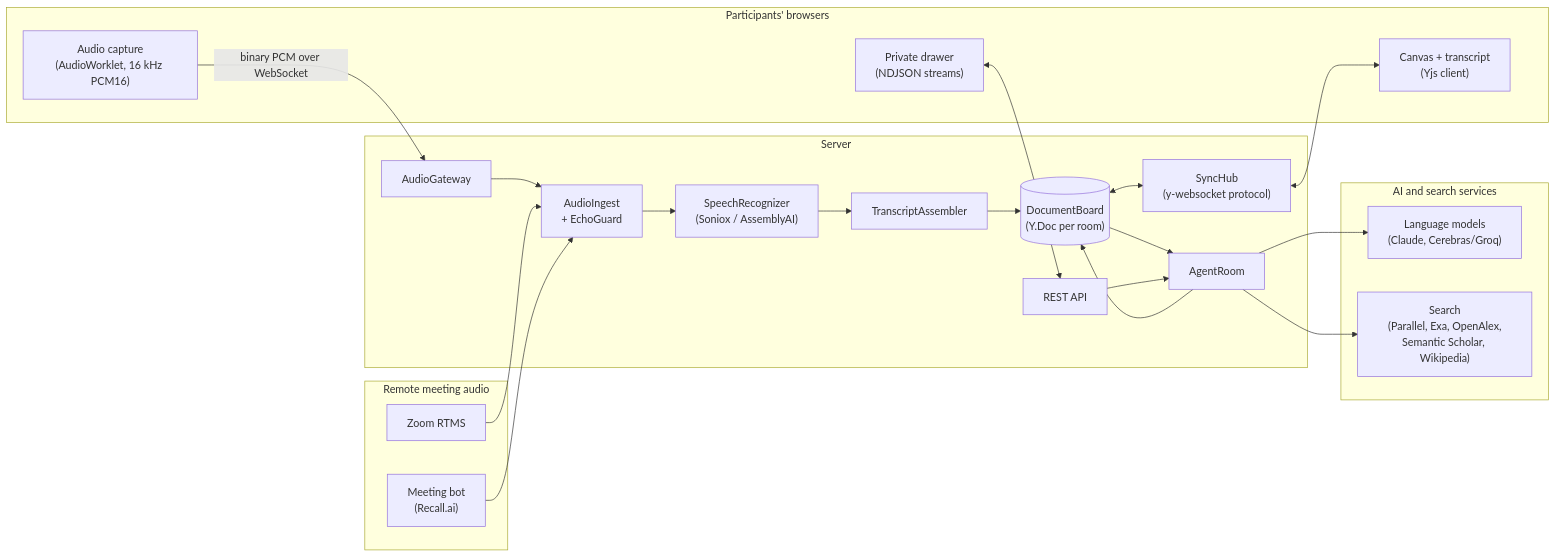
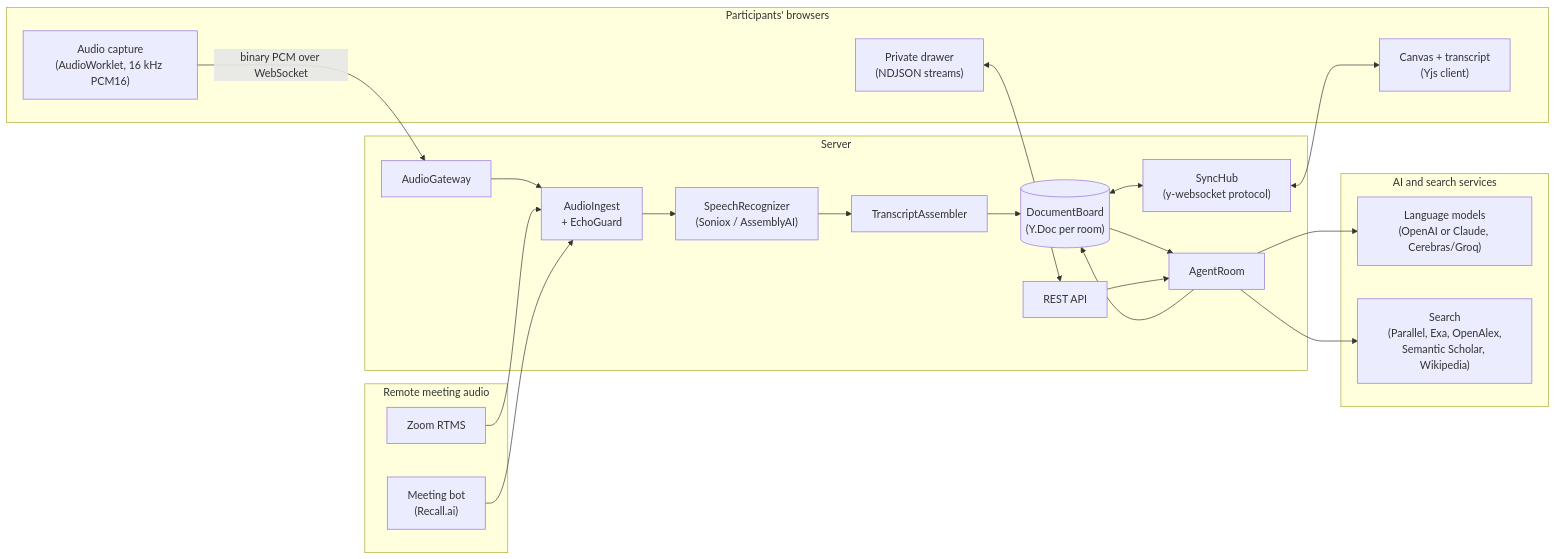
The first of 6 diagrams in Docs/Architecture.md (konbraphat51/EkklesiazousAI), drawn with Mermaid before and after one commit. The commit also changed other lines of this file and 6 other files, not shown here.

Commit message:
docs: document OpenAI as the default language model provider

````diff
--- a/Docs/Architecture.md
+++ b/Docs/Architecture.md
@@ -15,35 +15,35 @@
 ```mermaid
 flowchart LR
   subgraph Browsers["Participants' browsers"]
     Canvas["Canvas + transcript<br/>(Yjs client)"]
     Capture["Audio capture<br/>(AudioWorklet, 16 kHz PCM16)"]
     Private["Private drawer<br/>(NDJSON streams)"]
   end
   subgraph Remote["Remote meeting audio"]
     Zoom["Zoom RTMS"]
     Bot["Meeting bot<br/>(Recall.ai)"]
   end
   subgraph Server
     Sync["SyncHub<br/>(y-websocket protocol)"]
     AudioGw["AudioGateway"]
     Ingest["AudioIngest<br/>+ EchoGuard"]
     Asr["SpeechRecognizer<br/>(Soniox / AssemblyAI)"]
     Assembler["TranscriptAssembler"]
     Board[("DocumentBoard<br/>(Y.Doc per room)")]
     Agent["AgentRoom"]
     Api["REST API"]
   end
   subgraph Cloud["AI and search services"]
-    Llm["Language models<br/>(Claude, Cerebras/Groq)"]
+    Llm["Language models<br/>(OpenAI or Claude, Cerebras/Groq)"]
     Search["Search<br/>(Parallel, Exa, OpenAlex,<br/>Semantic Scholar, Wikipedia)"]
   end
   Capture -- "binary PCM over WebSocket" --> AudioGw --> Ingest
   Zoom --> Ingest
   Bot --> Ingest
   Ingest --> Asr --> Assembler --> Board
   Board <--> Sync <--> Canvas
   Board --> Agent --> Board
   Agent --> Llm
   Agent --> Search
   Private <--> Api --> Agent
 ```
````
